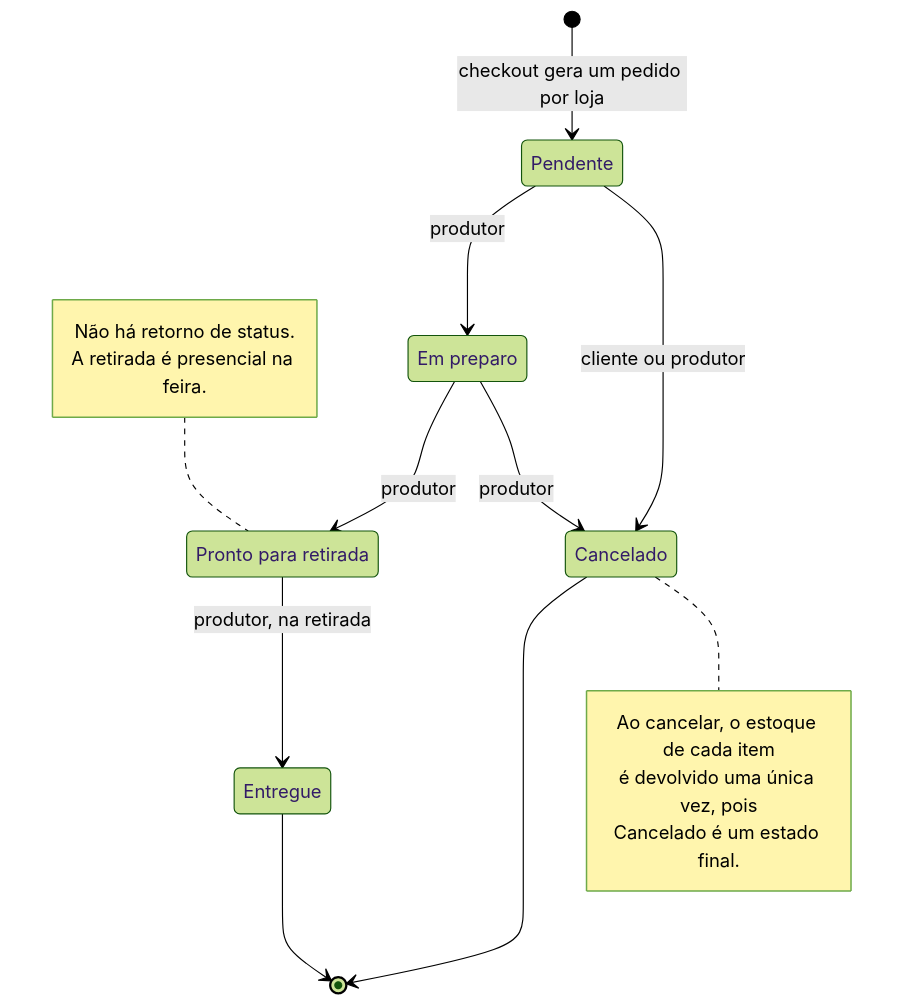
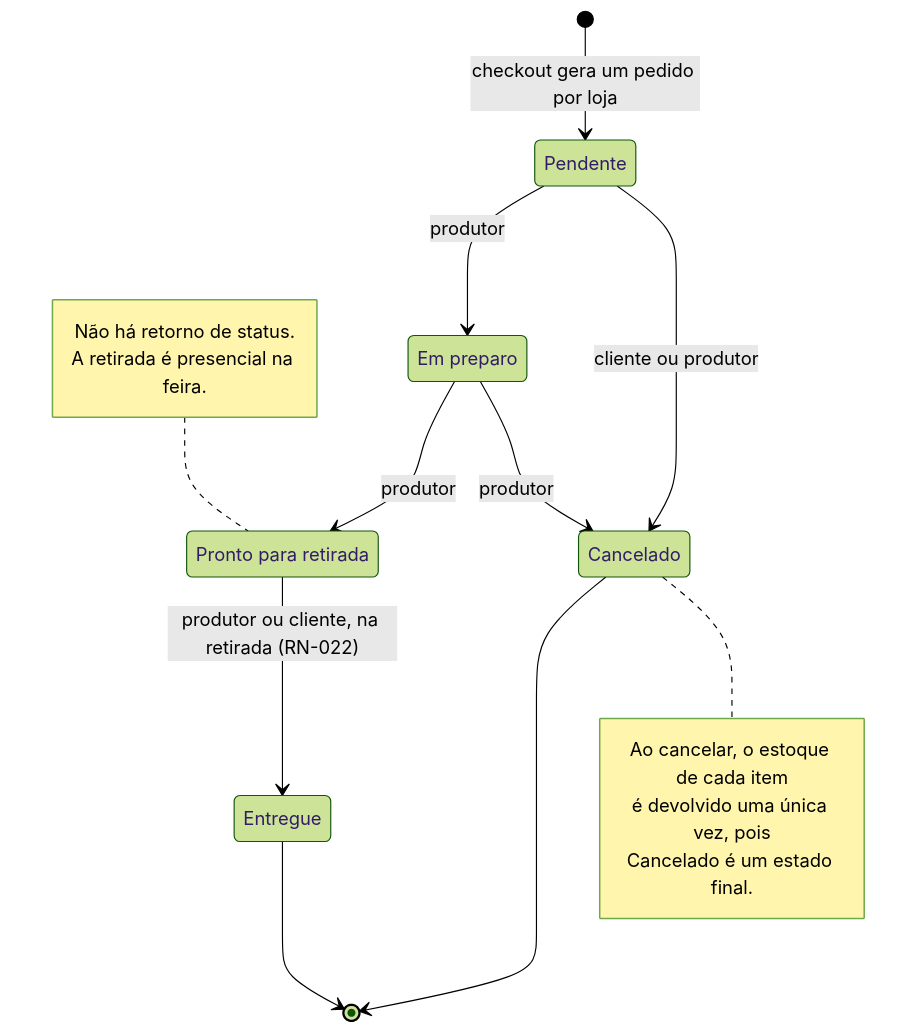
Before and after one commit to marcusmartins07/agro-store: the diagram in docs/diagramas/fig10-estados-pedido.mmd, drawn with Mermaid (forest theme). The commit also changed 10 other files, not shown here.

```diff
--- a/docs/diagramas/fig10-estados-pedido.mmd
+++ b/docs/diagramas/fig10-estados-pedido.mmd
@@ -1,29 +1,29 @@
 %% Figura 10 - Diagrama de Estados do Pedido
-%% Conferido em: pedidos/views.py (STATUS_TRANSICOES, atualizar_status, cancelar, _atualizar_status_pedido).
+%% Conferido em: pedidos/views.py (STATUS_TRANSICOES, atualizar_status, cancelar, confirmar_entrega, _atualizar_status_pedido).
 %% RN-004 (cliente), RN-005 (produtor), RN-006 (transições) e RN-007 (devolução do estoque).
 stateDiagram-v2
     state "Pendente" as Pendente
     state "Em preparo" as EmPreparo
     state "Pronto para retirada" as Pronto
     state "Entregue" as Entregue
     state "Cancelado" as Cancelado
 
     [*] --> Pendente : checkout gera um pedido por loja
     Pendente --> EmPreparo : produtor
     EmPreparo --> Pronto : produtor
-    Pronto --> Entregue : produtor, na retirada
+    Pronto --> Entregue : produtor ou cliente, na retirada (RN-022)
     Pendente --> Cancelado : cliente ou produtor
     EmPreparo --> Cancelado : produtor
     Entregue --> [*]
     Cancelado --> [*]
 
     note right of Cancelado
         Ao cancelar, o estoque de cada item
         é devolvido uma única vez, pois
         Cancelado é um estado final.
     end note
 
     note left of Pronto
         Não há retorno de status.
         A retirada é presencial na feira.
     end note
```
